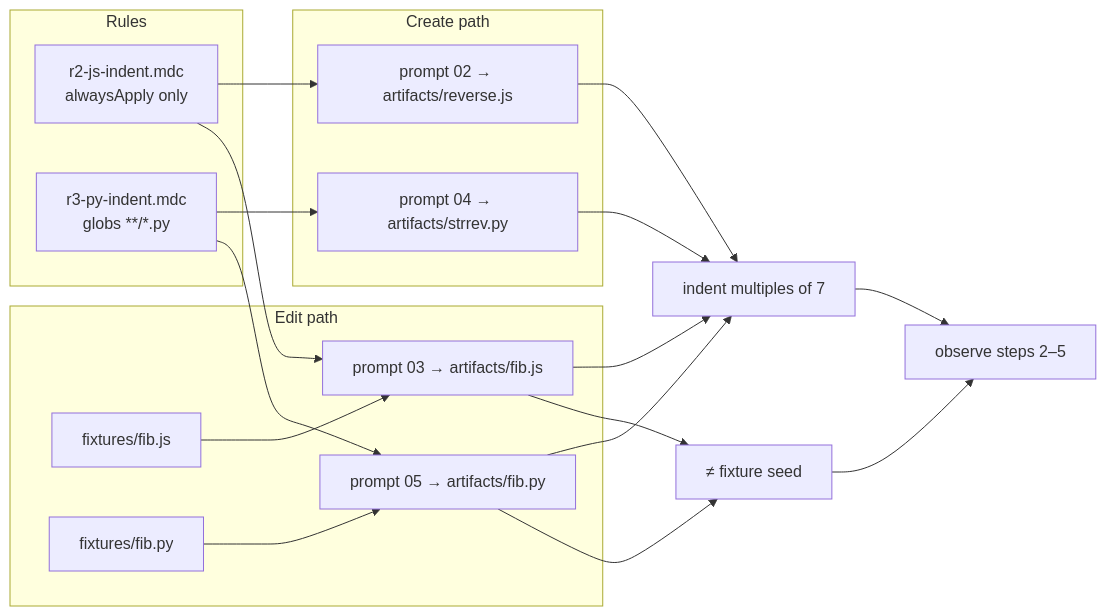
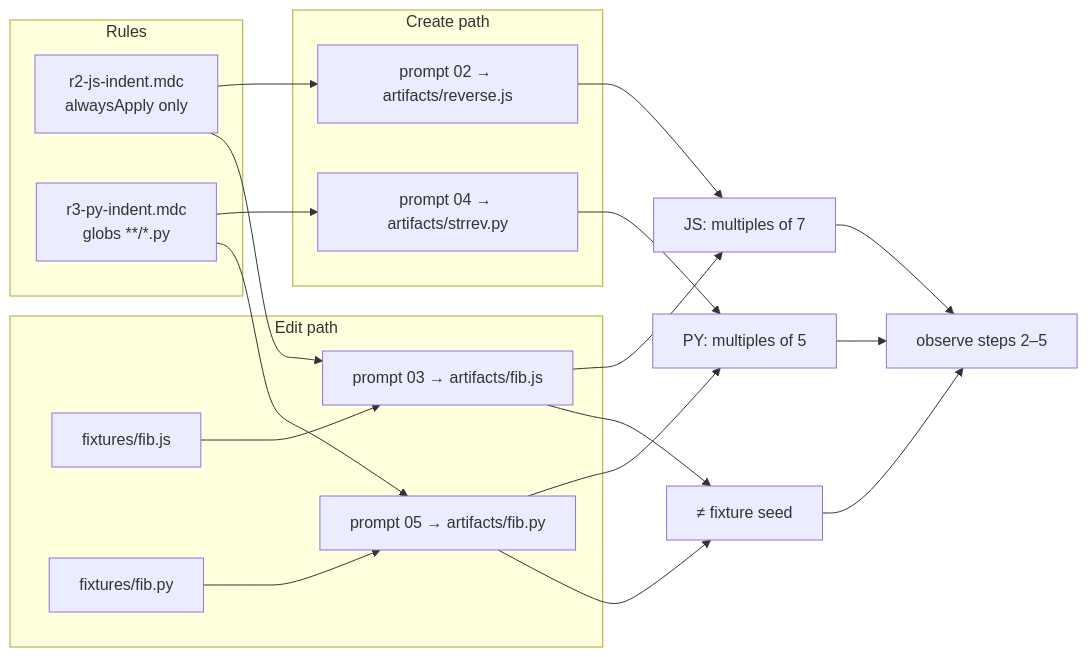
One commit to Texarkanine/open-plugins-surface-test changed the diagram in memory-bank/active/tasks.md. Above: the diagram before and after it, drawn with Mermaid. The commit also changed other lines of this file and 2 other files, not shown here.

Commit message:
chore: amend plan — JS indent 7, Python indent 5

````diff
--- a/memory-bank/active/tasks.md
+++ b/memory-bank/active/tasks.md
@@ -15,35 +15,36 @@
 ```mermaid
 flowchart LR
     subgraph Rules
         R2["r2-js-indent.mdc<br/>alwaysApply only"]
         R3["r3-py-indent.mdc<br/>globs **/*.py"]
     end
 
     subgraph Create["Create path"]
         P2["prompt 02 → artifacts/reverse.js"]
         P4["prompt 04 → artifacts/strrev.py"]
     end
 
     subgraph Edit["Edit path"]
         FJS["fixtures/fib.js"]
         FPY["fixtures/fib.py"]
         P3["prompt 03 → artifacts/fib.js"]
         P5["prompt 05 → artifacts/fib.py"]
         FJS --> P3
         FPY --> P5
     end
 
     R2 --> P2
     R2 --> P3
     R3 --> P4
     R3 --> P5
 
-    P2 --> IND["indent multiples of 7"]
-    P4 --> IND
-    P3 --> IND
-    P5 --> IND
+    P2 --> IND7["JS: multiples of 7"]
+    P3 --> IND7
+    P4 --> IND5["PY: multiples of 5"]
+    P5 --> IND5
     P3 --> MOD["≠ fixture seed"]
     P5 --> MOD
-    IND --> OBS["observe steps 2–5"]
+    IND7 --> OBS["observe steps 2–5"]
+    IND5 --> OBS
     MOD --> OBS
 ```
````
